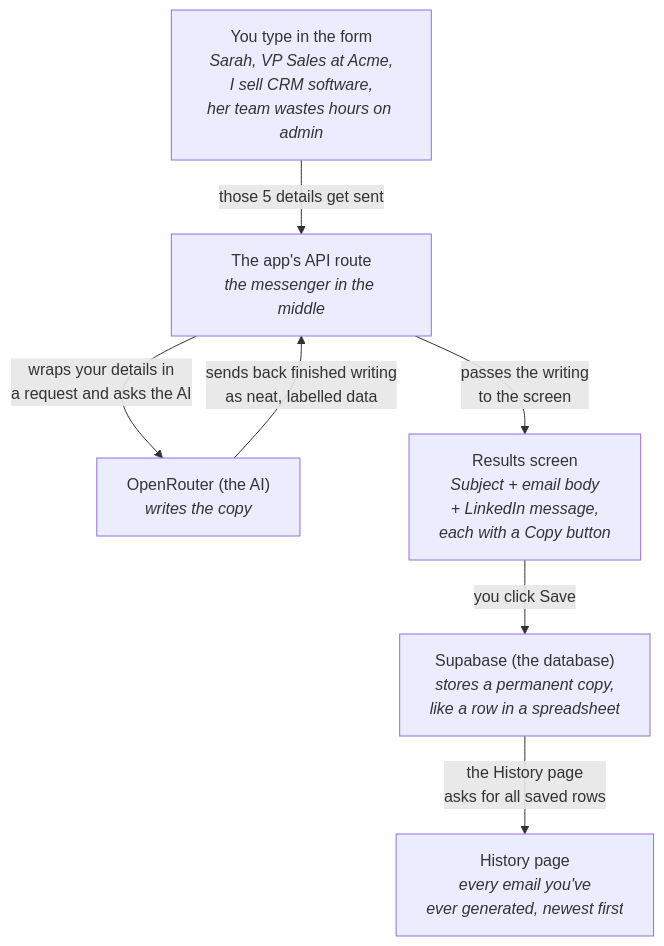
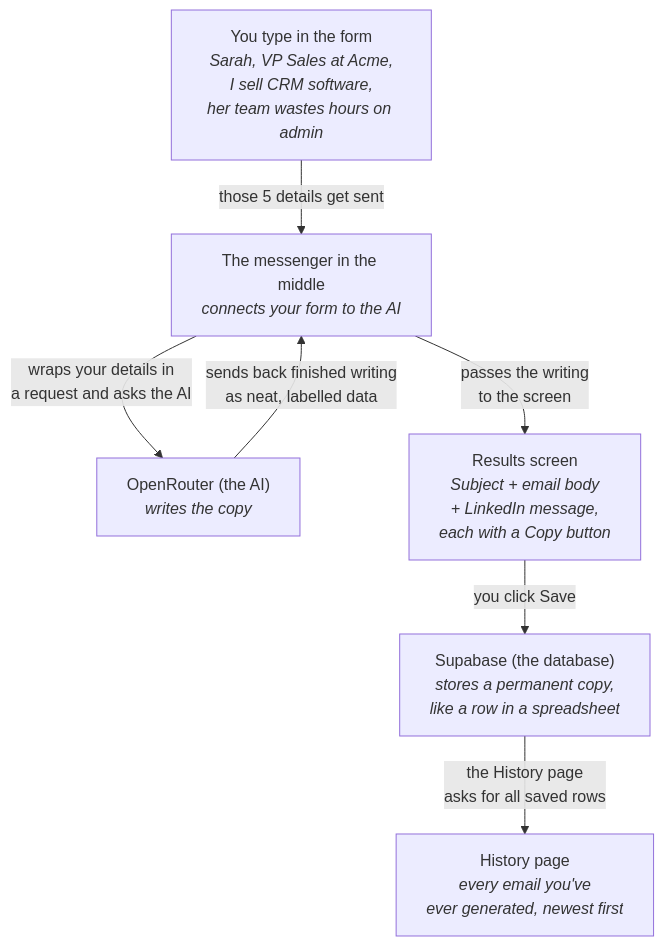
One commit to callumholt/buildAcademy changed the second of 3 diagrams in README.md. Above: the diagram before and after it, drawn with Mermaid. The commit also changed other lines of this file, not shown here.

````diff
--- a/README.md
+++ b/README.md
@@ -167,10 +167,10 @@
 ```mermaid
 flowchart TD
     A["You type in the form<br/><i>Sarah, VP Sales at Acme,<br/>I sell CRM software,<br/>her team wastes hours on admin</i>"]
-    A -- "those 5 details get sent" --> B["The app's API route<br/><i>the messenger in the middle</i>"]
+    A -- "those 5 details get sent" --> B["The messenger in the middle<br/><i>connects your form to the AI</i>"]
     B -- "wraps your details in<br/>a request and asks the AI" --> C["OpenRouter (the AI)<br/><i>writes the copy</i>"]
     C -- "sends back finished writing<br/>as neat, labelled data" --> B
     B -- "passes the writing<br/>to the screen" --> D["Results screen<br/><i>Subject + email body<br/>+ LinkedIn message,<br/>each with a Copy button</i>"]
     D -- "you click Save" --> E["Supabase (the database)<br/><i>stores a permanent copy,<br/>like a row in a spreadsheet</i>"]
     E -- "the History page<br/>asks for all saved rows" --> F["History page<br/><i>every email you've<br/>ever generated, newest first</i>"]
 ```
````
